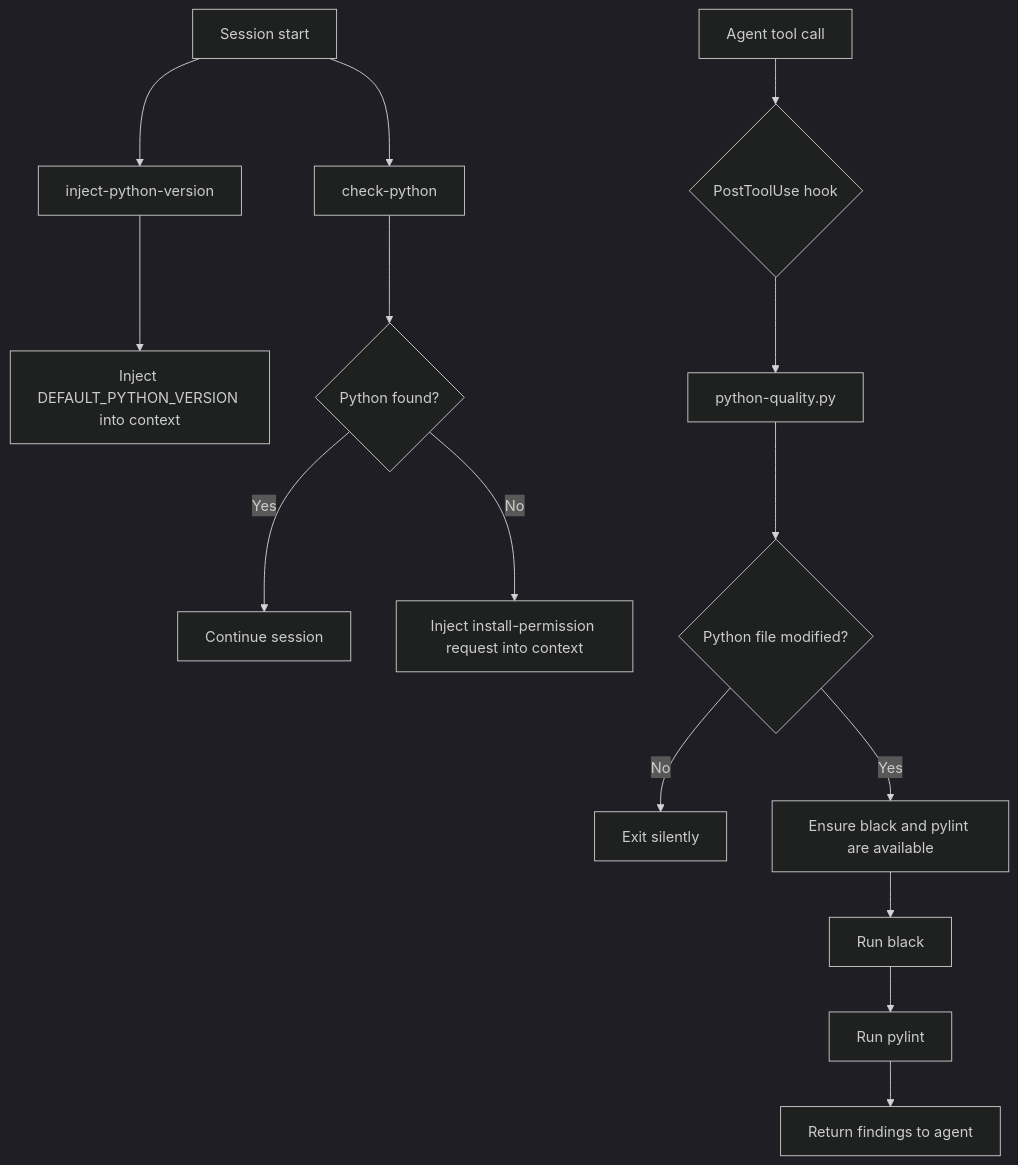
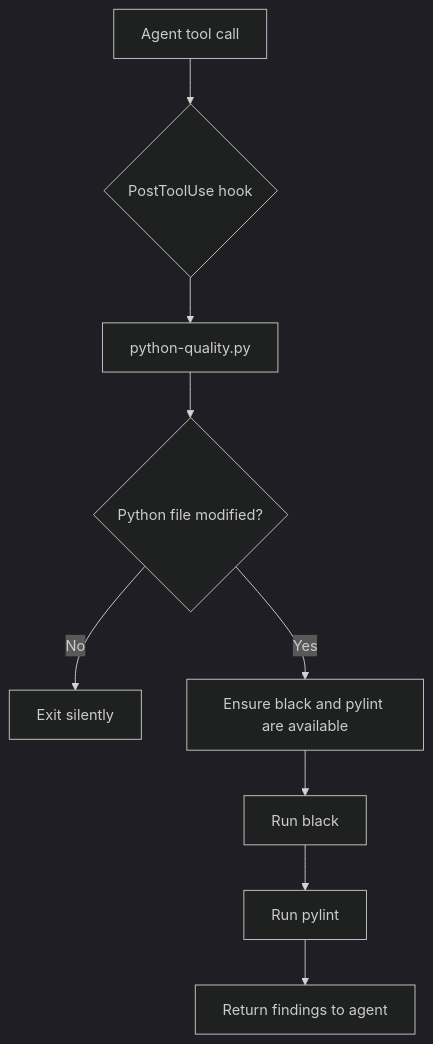
One commit to dimpletz/prompts-collection changed the diagram in plugins/python-developer/README.md. Above: the diagram before and after it, drawn with Mermaid (dark theme). The commit also changed other lines of this file and 37 other files, not shown here.

````diff
--- a/plugins/python-developer/README.md
+++ b/plugins/python-developer/README.md
@@ -44,17 +34,11 @@
 ```mermaid
 graph TD
-    A[Session start] --> B[inject-python-version]
-    B --> C[Inject DEFAULT_PYTHON_VERSION into context]
-    A --> D[check-python]
-    D --> E{Python found?}
-    E -- Yes --> F[Continue session]
-    E -- No --> G[Inject install-permission request into context]
-    H[Agent tool call] --> I{PostToolUse hook}
-    I --> J[python-quality.py]
-    J --> K{Python file modified?}
-    K -- No --> L[Exit silently]
-    K -- Yes --> M[Ensure black and pylint are available]
-    M --> N[Run black]
-    N --> O[Run pylint]
-    O --> P[Return findings to agent]
+    A[Agent tool call] --> B{PostToolUse hook}
+    B --> C[python-quality.py]
+    C --> D{Python file modified?}
+    D -- No --> E[Exit silently]
+    D -- Yes --> F[Ensure black and pylint are available]
+    F --> G[Run black]
+    G --> H[Run pylint]
+    H --> I[Return findings to agent]
 ```
````
